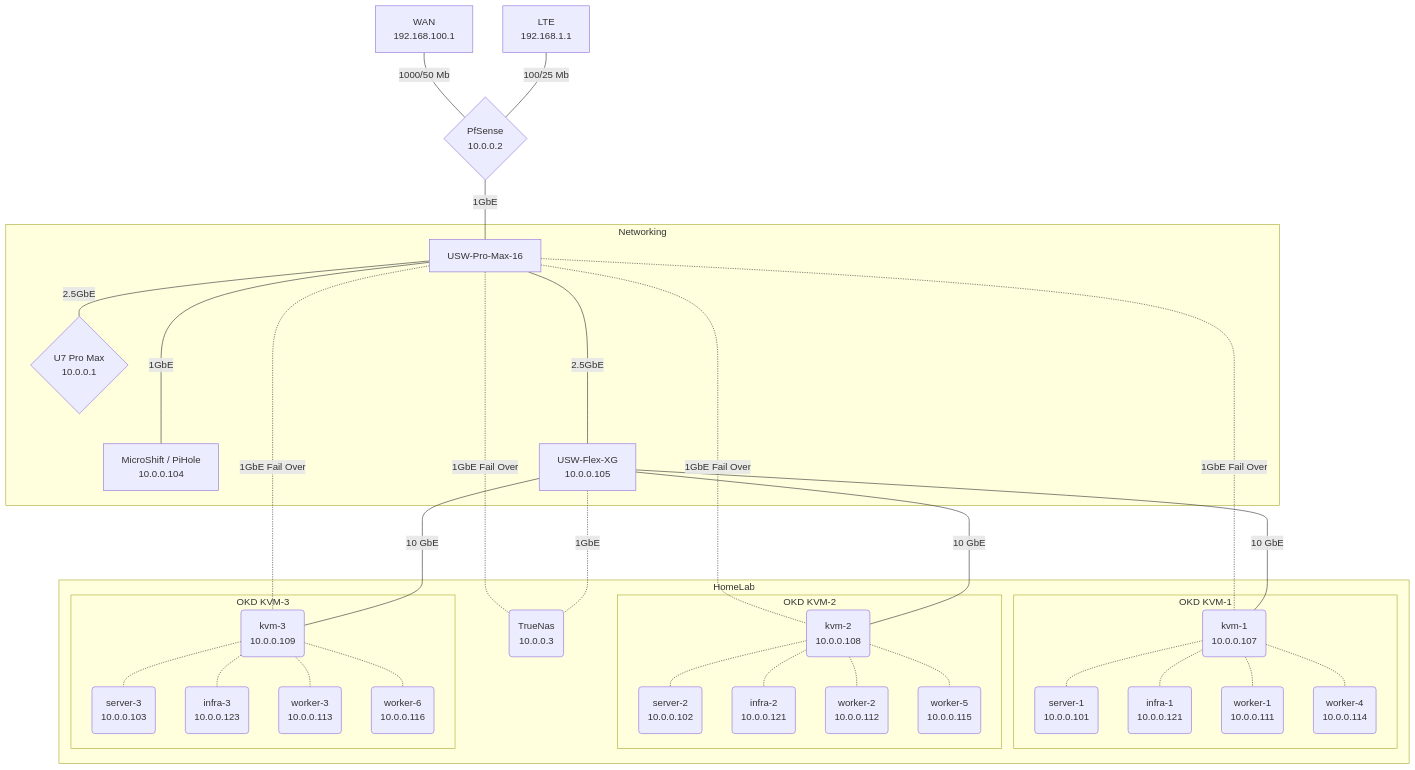
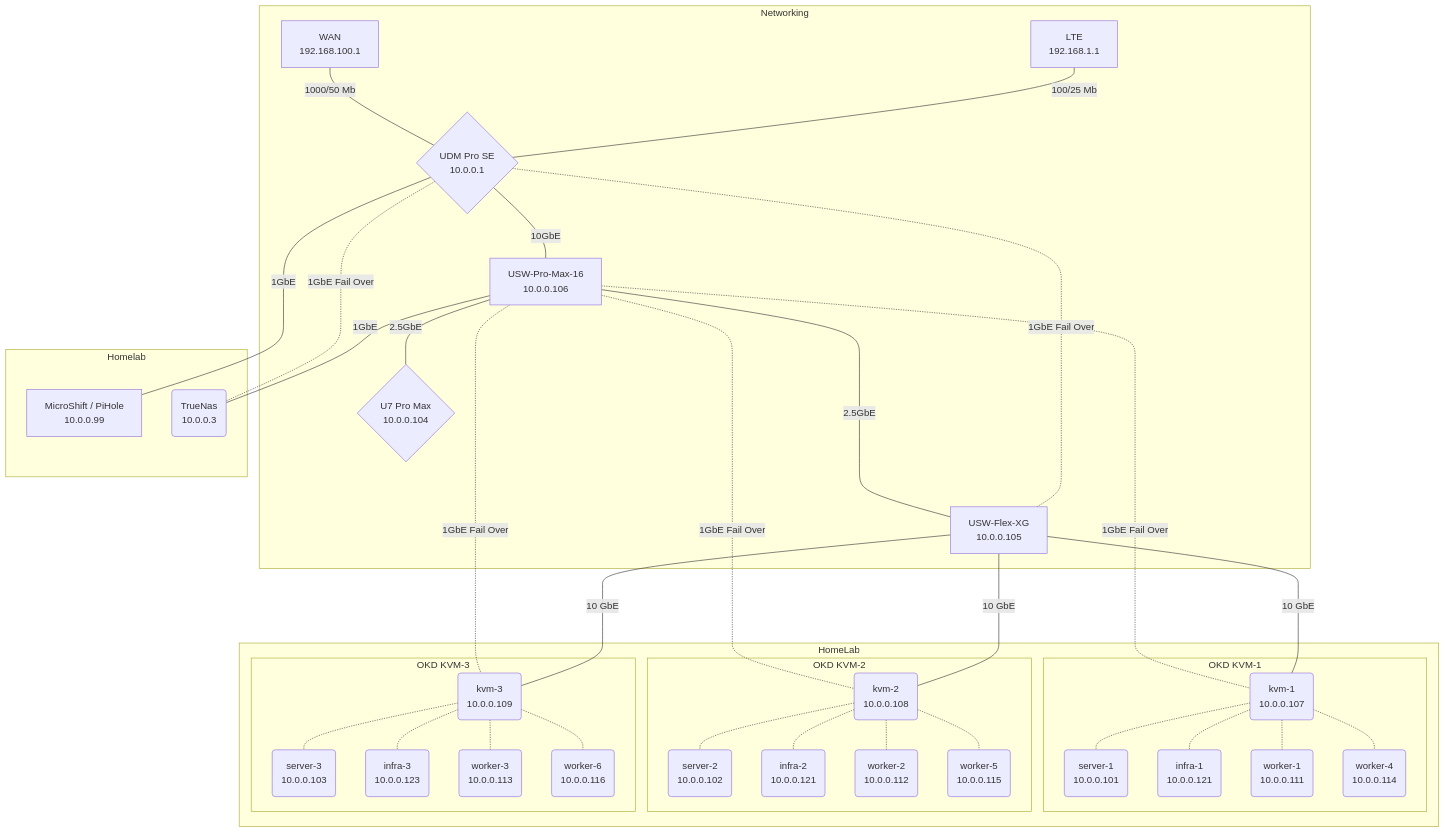
Before and after one commit to ArthurVardevanyan/HomeLab: the diagram in README.md, drawn with Mermaid. The commit also changed 2 other files, not shown here.

Commit message:
feat(LocalDev VM): switch from LB to NAD

````diff
--- a/README.md
+++ b/README.md
@@ -98,45 +98,48 @@
 ```mermaid
 graph TD
  linkStyle default interpolate basis
 
-wan1[<center>WAN<br>192.168.100.1</center>]---|1000/50 Mb|router{<center>PfSense<br>10.0.0.2</center>}
+subgraph Networking
+wan1[<center>WAN<br>192.168.100.1</center>]---|1000/50 Mb|router{<center>UDM Pro SE<br>10.0.0.1</center>}
 wan2[<center>LTE<br>192.168.1.1</center>]---|100/25 Mb|router
-router---|1GbE|switch1[<center>USW-Pro-Max-16</center>]
-subgraph Networking
-    switch1---|2.5GbE|ap2{<center>U7 Pro Max<br>10.0.0.1</center>}
-    switch1----|1GbE|microshift[<center>MicroShift / PiHole<br>10.0.0.104</center>]
-    switch1----|2.5GbE|switch10[<center>USW-Flex-XG<br>10.0.0.105</center>]
+router---|10GbE|switch1[<center>USW-Pro-Max-16<br>10.0.0.106</center>]
+switch1----|2.5GbE|switch10[<center>USW-Flex-XG<br>10.0.0.105</center>]
+switch1---|2.5GbE|ap2{<center>U7 Pro Max<br>10.0.0.104</center>}
+router-.-|1GbE Fail Over|switch10[<center>USW-Flex-XG<br>10.0.0.105</center>]
+end
 
+subgraph Homelab
+router----|1GbE|microshift[<center>MicroShift / PiHole<br>10.0.0.99</center>]
+router-.-|1GbE Fail Over|truenas(<center>TrueNas<br>10.0.0.3</center>)
 end
 
 subgraph HomeLab
     switch1-.-|1GbE Fail Over|kvm-1(<center>kvm-1<br>10.0.0.107</center>)
     switch1-.-|1GbE Fail Over|kvm-2(<center>kvm-2<br>10.0.0.108</center>)
     switch1-.-|1GbE Fail Over|kvm-3(<center>kvm-3<br>10.0.0.109</center>)
-    switch1-.-|1GbE Fail Over|truenas(<center>TrueNas<br>10.0.0.3</center>)
-    switch10-.-|1GbE|truenas(<center>TrueNas<br>10.0.0.3</center>)
+    switch1---|1GbE|truenas(<center>TrueNas<br>10.0.0.3</center>)
 
 
     switch10----|10 GbE|kvm-1(<center>kvm-1<br>10.0.0.107</center>)
     switch10----|10 GbE|kvm-2(<center>kvm-2<br>10.0.0.108</center>)
     switch10----|10 GbE|kvm-3(<center>kvm-3<br>10.0.0.109</center>)
     subgraph OKD KVM-1
         kvm-1-.-server-1(<center>server-1<br>10.0.0.101</center>)
         kvm-1-.-infra-1(<center>infra-1<br>10.0.0.121</center>)
         kvm-1-.-worker-1(<center>worker-1<br>10.0.0.111</center>)
         kvm-1-.-worker-4(<center>worker-4<br>10.0.0.114</center>)
     end
     subgraph OKD KVM-2
         kvm-2-.-server-2(<center>server-2<br>10.0.0.102</center>)
         kvm-2-.-infra-2(<center>infra-2<br>10.0.0.121</center>)
         kvm-2-.-worker-2(<center>worker-2<br>10.0.0.112</center>)
         kvm-2-.-worker-5(<center>worker-5<br>10.0.0.115</center>)
     end
     subgraph OKD KVM-3
         kvm-3-.-server-3(<center>server-3<br>10.0.0.103</center>)
         kvm-3-.-infra-3(<center>infra-3<br>10.0.0.123</center>)
         kvm-3-.-worker-3(<center>worker-3<br>10.0.0.113</center>)
         kvm-3-.-worker-6(<center>worker-6<br>10.0.0.116</center>)
     end
 end
 ```
````
